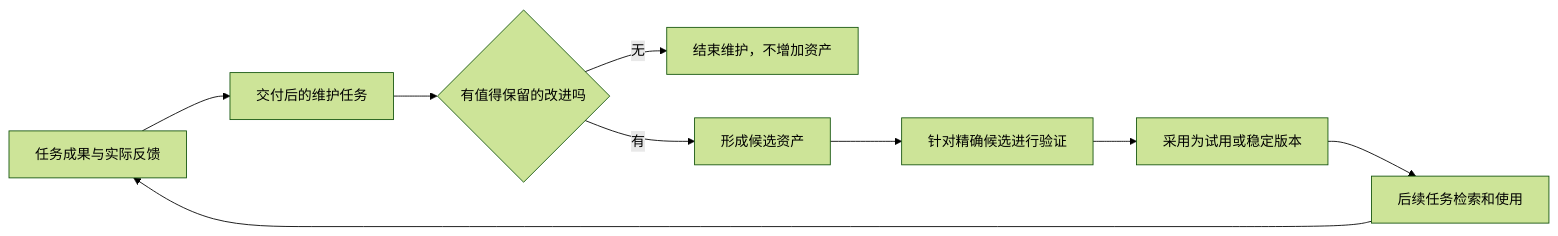
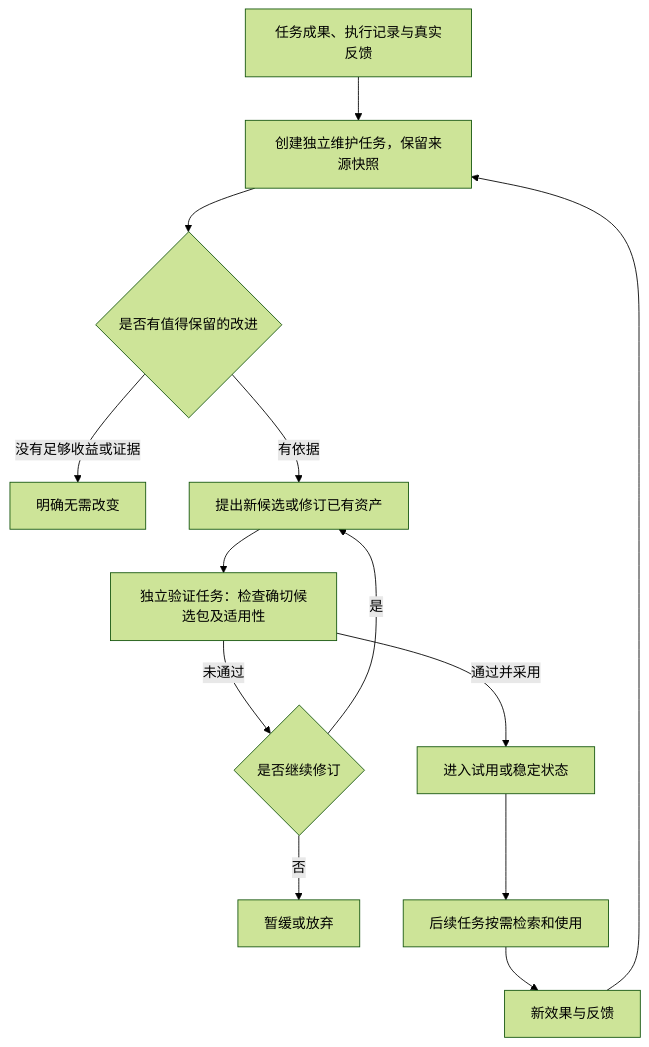
One commit to Etoileint/AstroFairy changed the second of 2 diagrams in docs/guides/understanding-astrofairy.md. Above: the diagram before and after it, drawn with Mermaid (forest theme). The commit also changed other lines of this file and 223 other files, not shown here.

````diff
--- a/docs/guides/understanding-astrofairy.md
+++ b/docs/guides/understanding-astrofairy.md
@@ -245,11 +273,15 @@
 ```mermaid
-flowchart LR
-    E[任务成果与实际反馈] --> M[交付后的维护任务]
-    M --> Q{有值得保留的改进吗}
-    Q -->|无| N[结束维护，不增加资产]
-    Q -->|有| C[形成候选资产]
-    C --> V[针对精确候选进行验证]
-    V --> A[采用为试用或稳定版本]
-    A --> R[后续任务检索和使用]
-    R --> E
+flowchart TD
+    A[任务成果、执行记录与真实反馈] --> B[创建独立维护任务，保留来源快照]
+    B --> C{是否有值得保留的改进}
+    C -->|没有足够收益或证据| N[明确无需改变]
+    C -->|有依据| D[提出新候选或修订已有资产]
+    D --> V[独立验证任务：检查确切候选包及适用性]
+    V -->|未通过| R{是否继续修订}
+    R -->|是| D
+    R -->|否| E[暂缓或放弃]
+    V -->|通过并采用| L[进入试用或稳定状态]
+    L --> U[后续任务按需检索和使用]
+    U --> F[新效果与反馈]
+    F --> B
 ```
````
